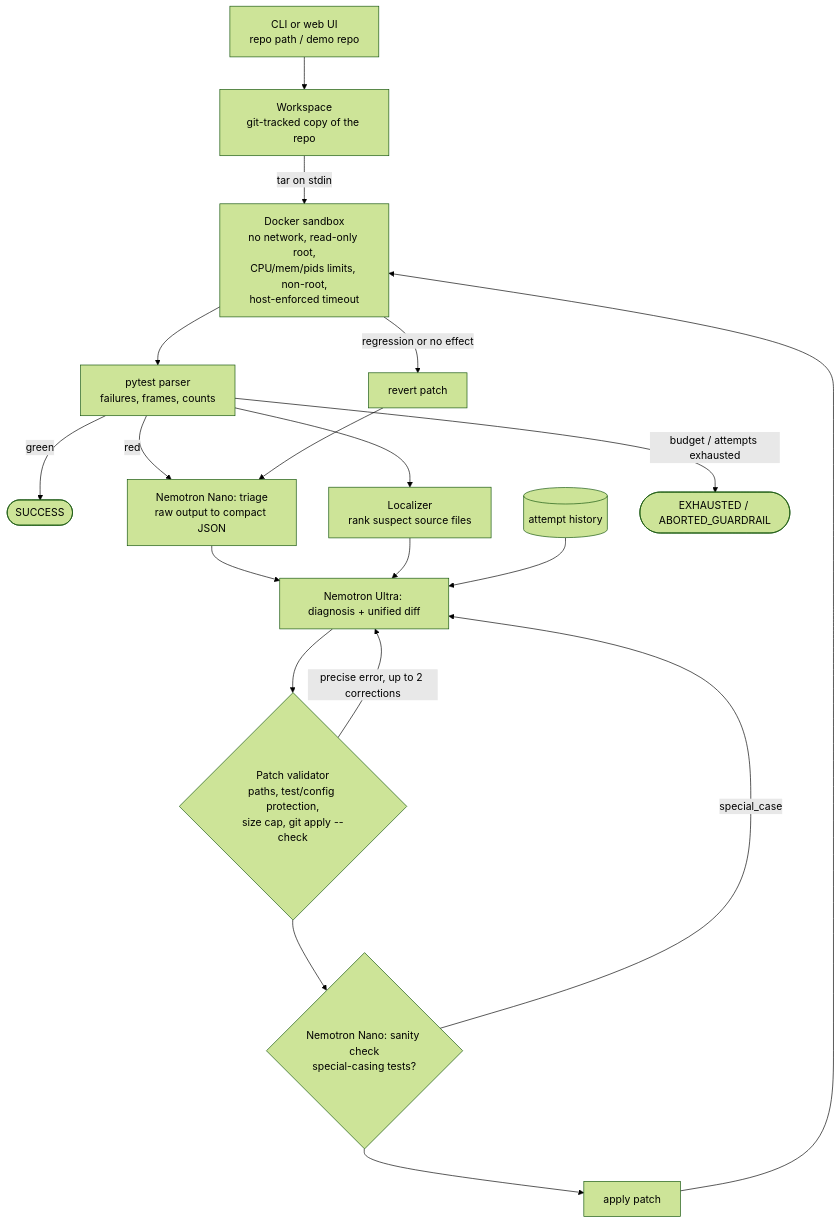
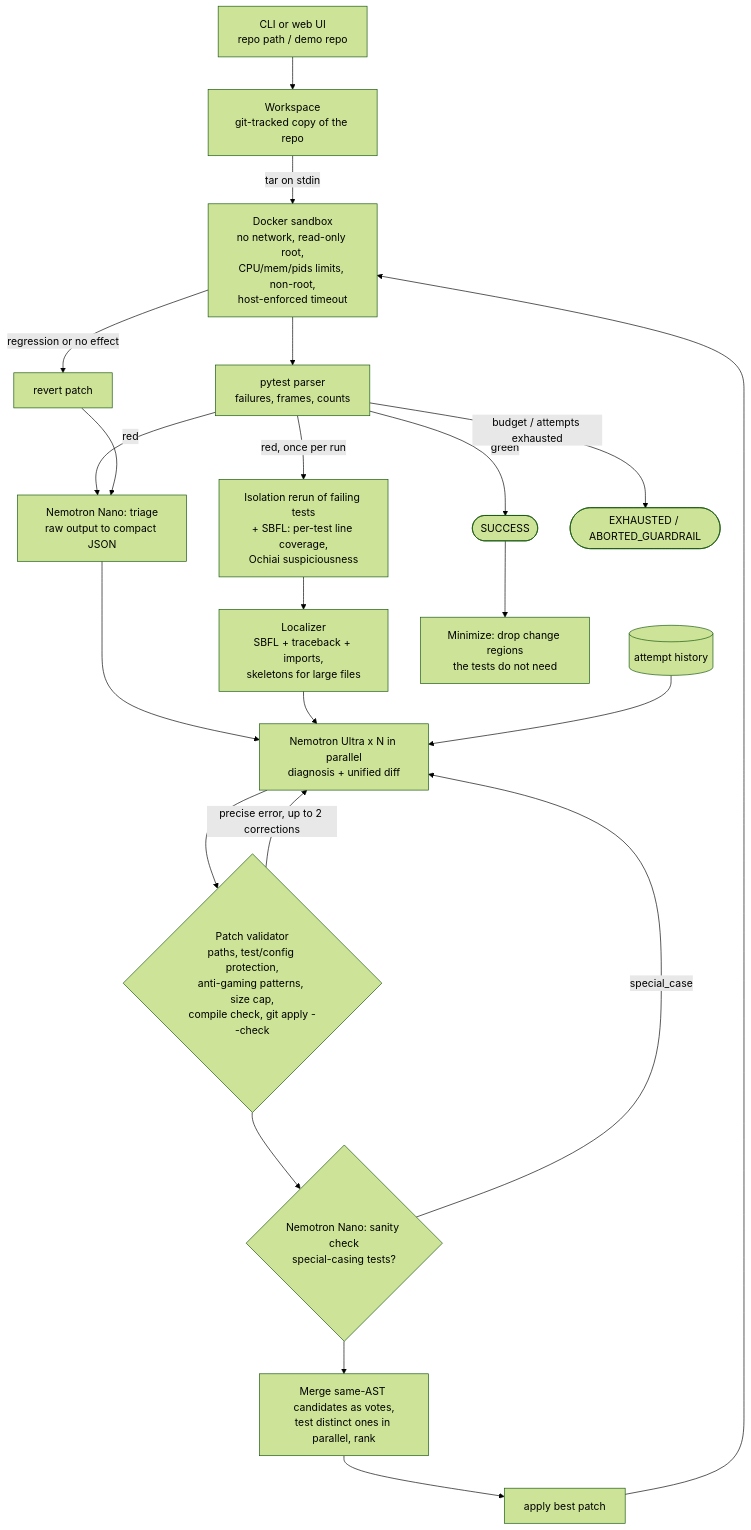
The diagram in README.md (alamyvan3-lab/test-repair-agent), drawn with Mermaid (forest theme) before and after one commit. The commit also changed other lines of this file and 32 other files, not shown here.

````diff
--- a/README.md
+++ b/README.md
@@ -24,19 +25,22 @@
 ```mermaid
 flowchart TD
     IN[CLI or web UI<br/>repo path / demo repo] --> WS[Workspace<br/>git-tracked copy of the repo]
     WS -->|tar on stdin| SB[Docker sandbox<br/>no network, read-only root,<br/>CPU/mem/pids limits, non-root,<br/>host-enforced timeout]
     SB --> PP[pytest parser<br/>failures, frames, counts]
     PP -->|green| OK([SUCCESS])
+    PP -->|red, once per run| EV[Isolation rerun of failing tests<br/>+ SBFL: per-test line coverage,<br/>Ochiai suspiciousness]
+    EV --> LOC[Localizer<br/>SBFL + traceback + imports,<br/>skeletons for large files]
     PP -->|red| NT[Nemotron Nano: triage<br/>raw output to compact JSON]
-    PP --> LOC[Localizer<br/>rank suspect source files]
-    NT --> UL[Nemotron Ultra: diagnosis + unified diff]
+    NT --> UL[Nemotron Ultra x N in parallel<br/>diagnosis + unified diff]
     LOC --> UL
     HIST[(attempt history)] --> UL
-    UL --> VAL{Patch validator<br/>paths, test/config protection,<br/>size cap, git apply --check}
+    UL --> VAL{Patch validator<br/>paths, test/config protection,<br/>anti-gaming patterns, size cap,<br/>compile check, git apply --check}
     VAL -->|precise error, up to 2 corrections| UL
     VAL --> SAN{Nemotron Nano: sanity check<br/>special-casing tests?}
     SAN -->|special_case| UL
-    SAN --> APPLY[apply patch] --> SB
+    SAN --> VOTE[Merge same-AST candidates as votes,<br/>test distinct ones in parallel, rank]
+    VOTE --> APPLY[apply best patch] --> SB
     SB -->|regression or no effect| REV[revert patch] --> NT
+    OK --> MIN[Minimize: drop change regions<br/>the tests do not need]
     PP -->|budget / attempts exhausted| STOP([EXHAUSTED / ABORTED_GUARDRAIL])
 ```
````
